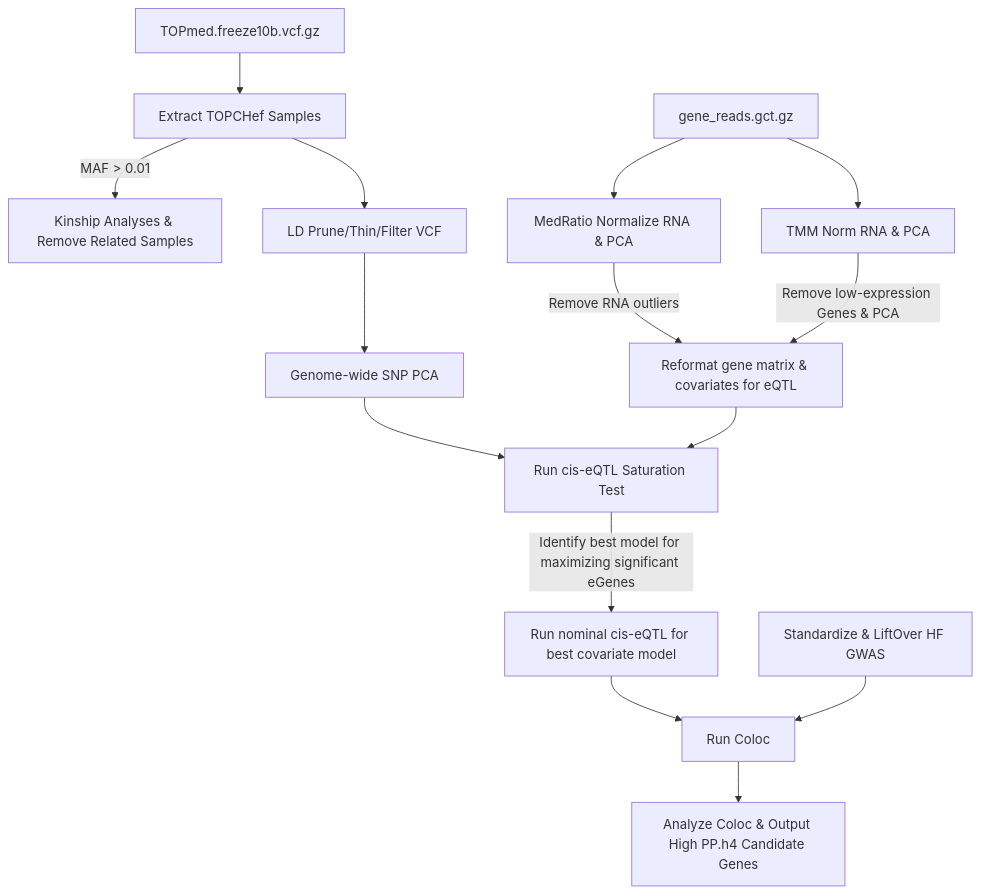
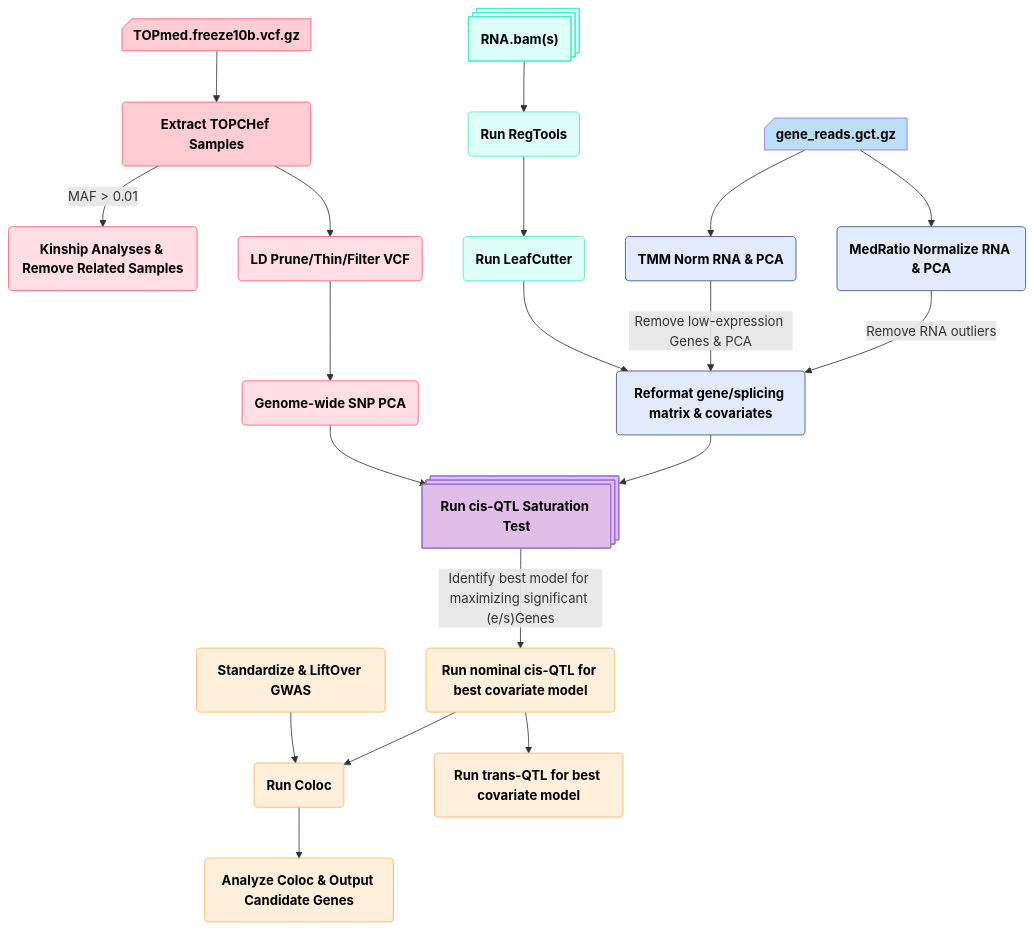
One commit to connor122721/nf-eqtls changed the diagram in README.md. Above: the diagram before and after it, drawn with Mermaid. The commit also changed other lines of this file and 18 other files, not shown here.

````diff
--- a/README.md
+++ b/README.md
@@ -14,17 +23,80 @@
 ```mermaid
-graph TD
-        A[TOPmed.freeze10b.vcf.gz] --> B[Extract TOPCHef Samples]
-        B --> |MAF > 0.01| D[Kinship Analyses & Remove Related Samples]
-        B --> G[LD Prune/Thin/Filter VCF]
-        G --> J[Genome-wide SNP PCA]
-        AA[gene_reads.gct.gz] --> K[MedRatio Normalize RNA & PCA]
-        AA --> M
-        K --> |Remove RNA outliers| N[Reformat gene matrix & covariates for eQTL]
-        M[TMM Norm RNA & PCA] --> |Remove low-expression Genes & PCA| N
-        N --> nn[Run cis-eQTL Saturation Test]
-        J --> nn
-        nn --> |Identify best model for maximizing significant eGenes| jj[Run nominal cis-eQTL for best covariate model]
-        jj --> P
-        O[Standardize & LiftOver HF GWAS] --> P[Run Coloc]
-        P --> Q[Analyze Coloc & Output High PP.h4 Candidate Genes]
+---
+config:
+  layout: dagre
+---
+flowchart TD
+    A["<b>TOPmed.freeze10b.vcf.gz</b>"] --> B["<b>Extract TOPCHef Samples</b>"]
+    B -- "MAF > 0.01" --> D["<b>Kinship Analyses &amp; Remove Related Samples</b>"]
+    B --> G["<b>LD Prune/Thin/Filter VCF</b>"]
+    G --> J["<b>Genome-wide SNP PCA</b>"]
+    AA["<b>gene_reads.gct.gz</b>"] --> K["<b>MedRatio Normalize RNA &amp; PCA</b>"] & M["<b>TMM Norm RNA &amp; PCA</b>"]
+    K -- Remove RNA outliers --> N["<b>Reformat gene/splicing matrix &amp; covariates</b>"]
+    M -- "Remove low-expression Genes & PCA" --> N
+    N --> nn["<b>Run cis-QTL Saturation Test</b>"]
+    J --> nn
+    nn -- Identify best model for maximizing significant (e/s)Genes --> jj["<b>Run nominal cis-QTL for best covariate model</b>"]
+    jj --> P["<b>Run Coloc</b>"] & n1["<b>Run trans-QTL for best covariate model</b>"]
+    O["<b>Standardize &amp; LiftOver GWAS</b>"] --> P
+    P --> Q["<b>Analyze Coloc &amp; Output Candidate Genes</b>"]
+    QQQ["<b>Run RegTools</b>"] --> n2["<b>Run LeafCutter</b>"]
+    QQ["<b>RNA.bam(s)</b>"] --> QQQ
+    n2 --> N
+    A@{ shape: card}
+    B@{ shape: rounded}
+    D@{ shape: rounded}
+    G@{ shape: rounded}
+    J@{ shape: rounded}
+    AA@{ shape: card}
+    K@{ shape: rounded}
+    M@{ shape: rounded}
+    N@{ shape: rounded}
+    nn@{ shape: procs}
+    jj@{ shape: rounded}
+    P@{ shape: rounded}
+    n1@{ shape: rounded}
+    O@{ shape: rounded}
+    Q@{ shape: rounded}
+    QQQ@{ shape: rounded}
+    n2@{ shape: rounded}
+    QQ@{ shape: procs}
+     A:::Rose
+     B:::Rose
+     D:::Rose
+     G:::Rose
+     J:::Rose
+     K:::Sky
+     M:::Sky
+     N:::Sky
+     jj:::Peach
+     P:::Peach
+     n1:::Peach
+     O:::Peach
+     Q:::Peach
+     QQQ:::Aqua
+     n2:::Aqua
+     QQ:::Aqua
+    classDef Aqua stroke-width:1px, stroke-dasharray:none, stroke:#46EDC8, fill:#DEFFF8, color:#378E7A
+    classDef Sky stroke-width:1px, stroke-dasharray:none, stroke:#374D7C, fill:#E2EBFF, color:#374D7C
+    classDef Rose stroke-width:1px, stroke-dasharray:none, stroke:#FF5978, fill:#FFDFE5, color:#8E2236
+    classDef Pine stroke-width:1px, stroke-dasharray:none, stroke:#254336, fill:#27654A, color:#FFFFFF
+    classDef Peach stroke-width:1px, stroke-dasharray:none, stroke:#FBB35A, fill:#FFEFDB, color:#8F632D
+    style A color:#000000,fill:#FFCDD2
+    style B fill:#FFCDD2,color:#000000
+    style D color:#000000
+    style G color:#000000
+    style J color:#000000
+    style AA fill:#BBDEFB,color:#000000
+    style K color:#000000
+    style M color:#000000
+    style N color:#000000
+    style nn color:#000000,fill:#E1BEE7
+    style jj color:#000000
+    style P color:#000000
+    style n1 color:#000000
+    style O color:#000000
+    style Q color:#000000
+    style QQQ color:#000000
+    style n2 color:#000000
+    style QQ color:#000000
 ```
````
